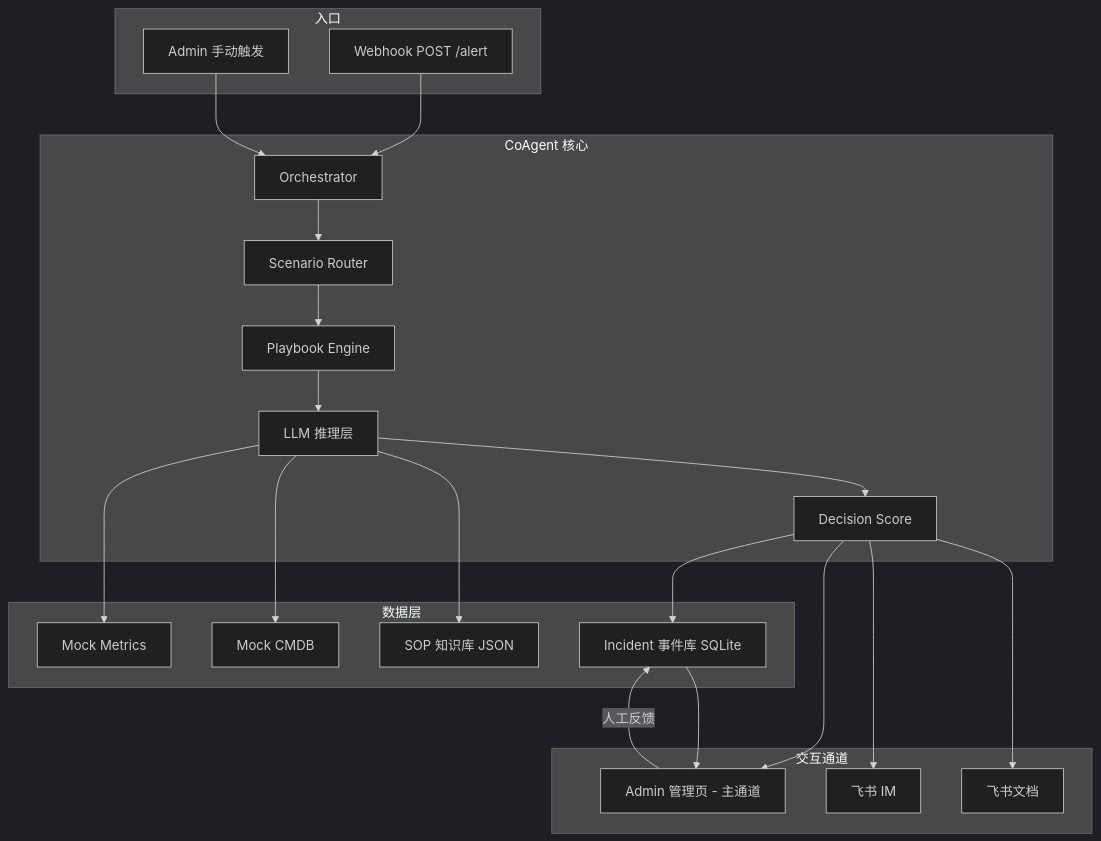
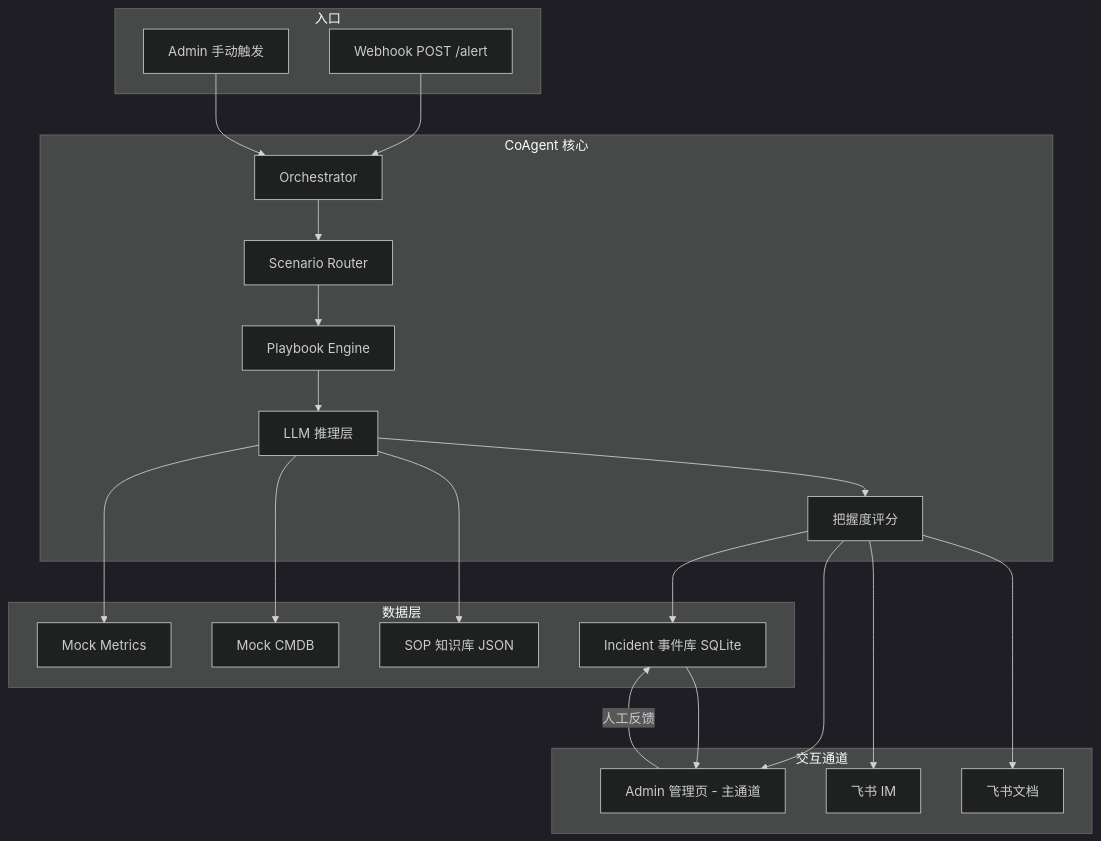
Before and after one commit to lurui1997/coagent: the first of 2 diagrams in docs/superpowers/specs/archive/2026-06-27-coagent-design-v2.md, drawn with Mermaid (dark theme). The commit also changed other lines of this file and 5 other files, not shown here.

````diff
--- a/docs/superpowers/specs/archive/2026-06-27-coagent-design-v2.md
+++ b/docs/superpowers/specs/archive/2026-06-27-coagent-design-v2.md
@@ -124,39 +124,39 @@
 ```mermaid
 flowchart TB
     subgraph ingress [入口]
         WH[Webhook POST /alert]
         AD[Admin 手动触发]
     end
 
     subgraph core [CoAgent 核心]
         SR[Scenario Router]
         PE[Playbook Engine]
         LLM[LLM 推理层]
-        DS[Decision Score]
+        DS[把握度评分]
         OR[Orchestrator]
     end
 
     subgraph data [数据层]
         MET[Mock Metrics]
         CMDB[Mock CMDB]
         SOP[SOP 知识库 JSON]
         INC[Incident 事件库 SQLite]
     end
 
     subgraph channels [交互通道]
         WEB[Admin 管理页 - 主通道]
         FS[飞书 IM]
         FD[飞书文档]
     end
 
     WH --> OR
     AD --> OR
     OR --> SR --> PE --> LLM --> DS
     LLM --> MET & CMDB & SOP
     DS --> INC
     DS --> WEB
     DS --> FS
     DS --> FD
     WEB -->|人工反馈| INC
     INC --> WEB
 ```
````
